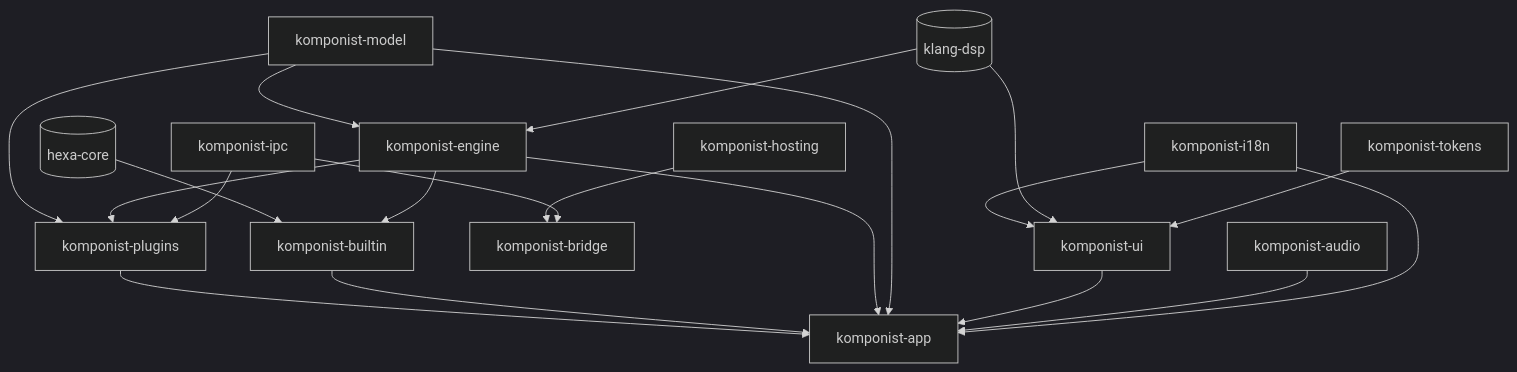
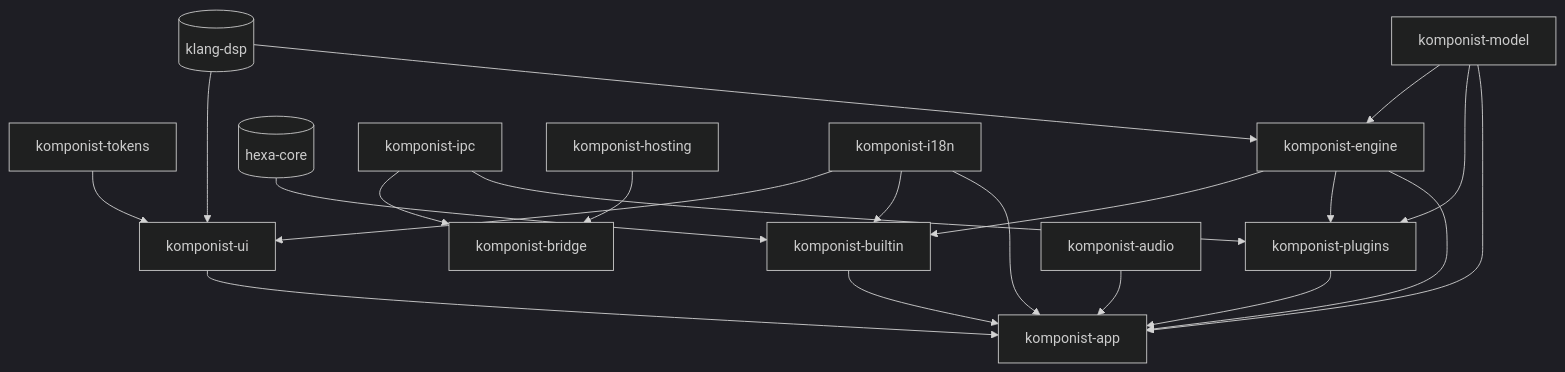
One commit to klang-studio/komponist changed the diagram in docs/ARCHITECTURE.md. Above: the diagram before and after it, drawn with Mermaid (dark theme). The commit also changed other lines of this file and 1 other file, not shown here.

````diff
--- a/docs/ARCHITECTURE.md
+++ b/docs/ARCHITECTURE.md
@@ -167,22 +167,23 @@
 ```mermaid
 graph TD
   tokens[komponist-tokens] --> ui[komponist-ui]
   dsp[(klang-dsp)] --> ui
   dsp --> engine[komponist-engine]
   model[komponist-model] --> engine
   engine --> builtin[komponist-builtin]
   synth[(hexa-core)] --> builtin
   ipc[komponist-ipc] --> bridge[komponist-bridge]
   hosting[komponist-hosting] --> bridge
   ipc --> plugins[komponist-plugins]
   engine --> plugins
   model --> plugins
   i18n[komponist-i18n] --> ui
+  i18n --> builtin
   i18n --> app
   audio[komponist-audio] --> app[komponist-app]
   ui --> app
   model --> app
   engine --> app
   builtin --> app
   plugins --> app
 ```
````
